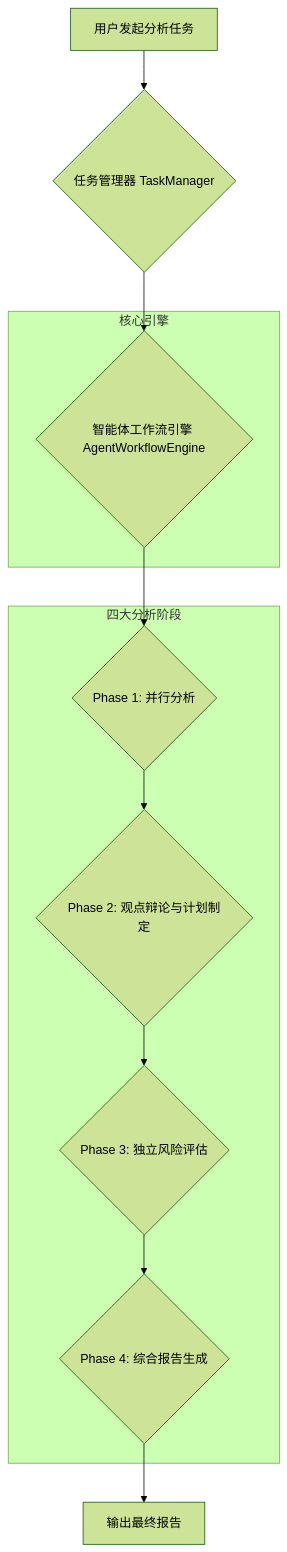
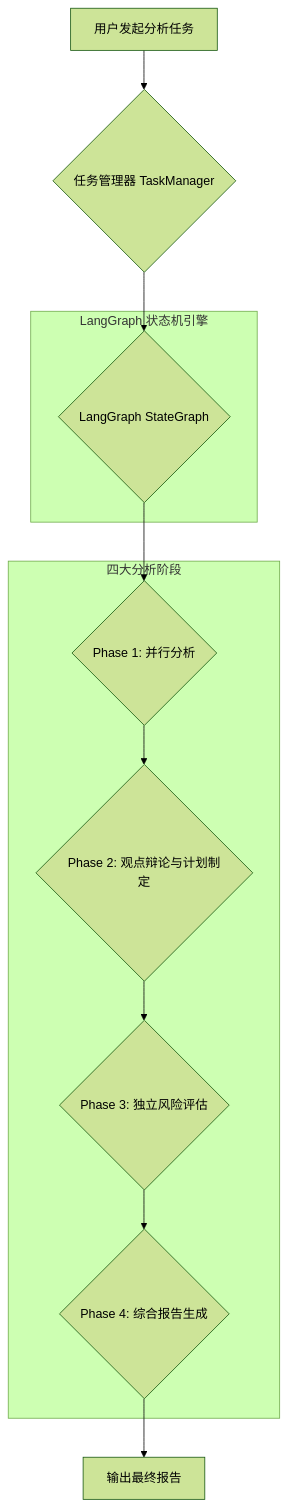
Before and after one commit to BG8CFB/StockAnalysis: the first of 5 diagrams in docs/TradingAgents/TradingAgents业务流程.md, drawn with Mermaid (forest theme). The commit also changed other lines of this file and 42 other files, not shown here.

````diff
--- a/docs/TradingAgents/TradingAgents业务流程.md
+++ b/docs/TradingAgents/TradingAgents业务流程.md
@@ -22,21 +28,21 @@
 ```mermaid
 graph TD
     A[用户发起分析任务] --> B{任务管理器 TaskManager};
-    B --> C{智能体工作流引擎 AgentWorkflowEngine};
+    B --> C{LangGraph StateGraph};
     C --> D{Phase 1: 并行分析};
     D --> E{Phase 2: 观点辩论与计划制定};
     E --> F{Phase 3: 独立风险评估};
     F --> G{Phase 4: 综合报告生成};
     G --> H[输出最终报告];
 
-    subgraph "核心引擎"
+    subgraph "LangGraph 状态机引擎"
         C
     end
 
     subgraph "四大分析阶段"
         D
         E
         F
         G
     end
 ```
````
